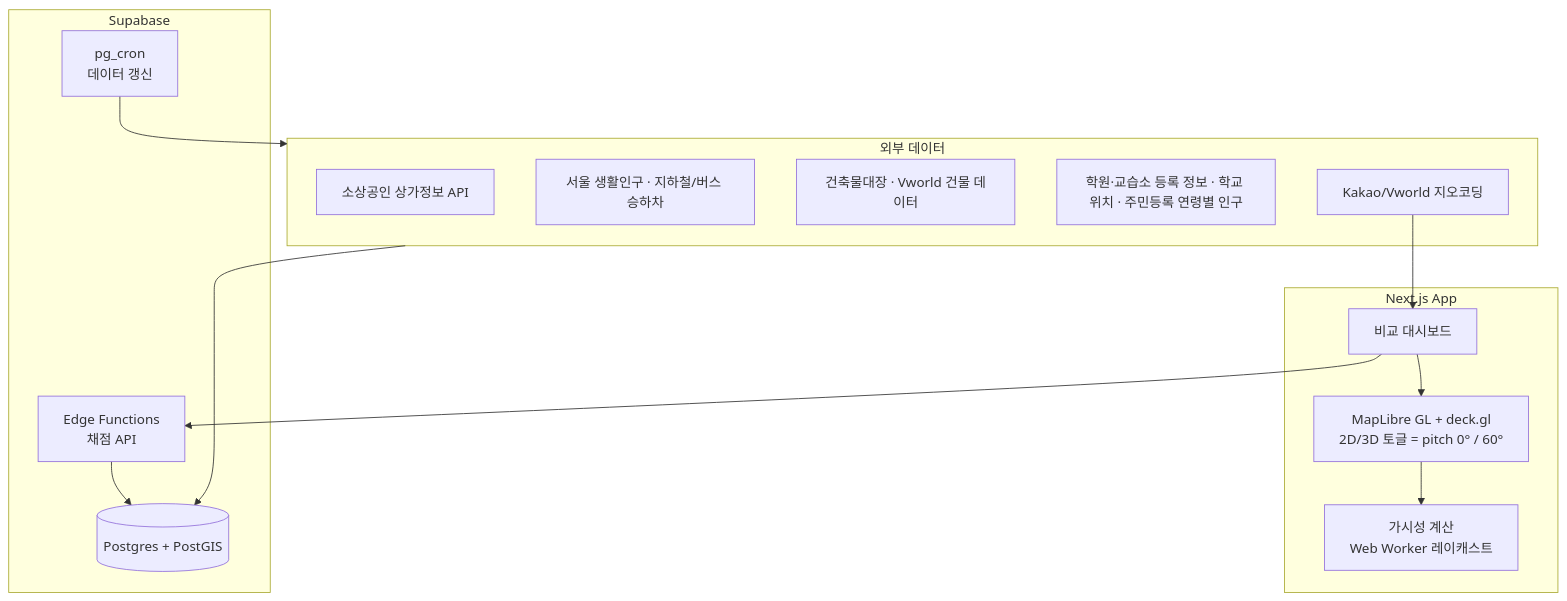
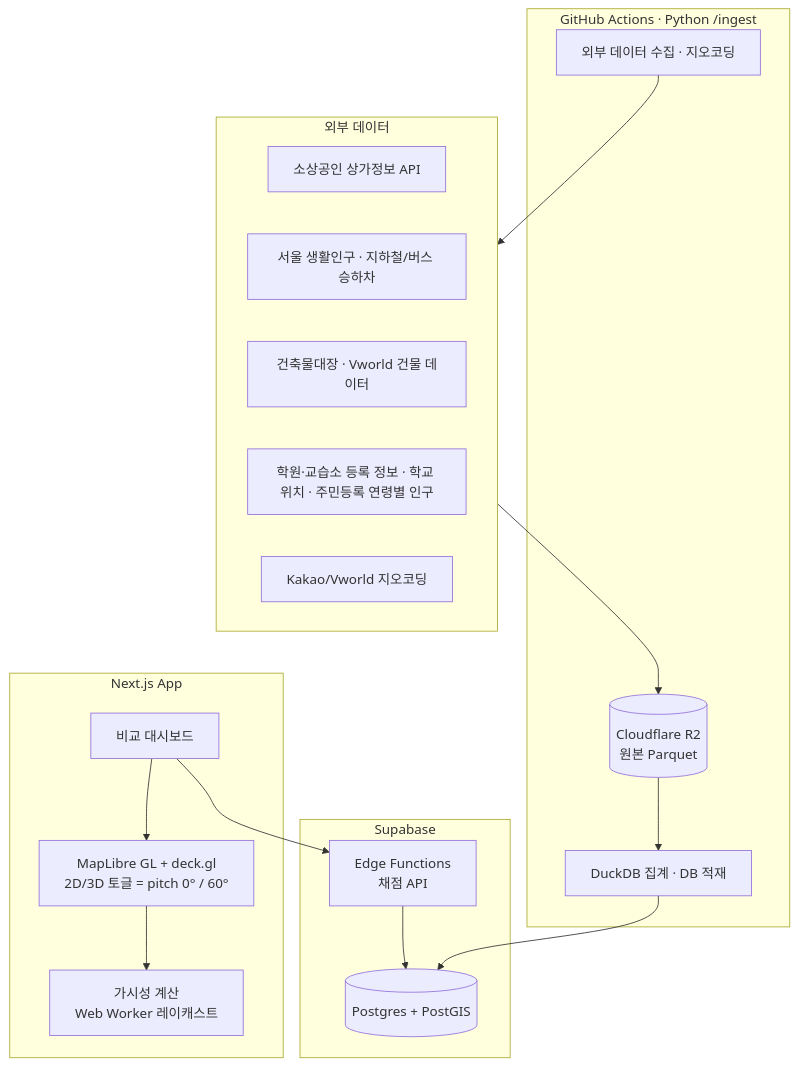
One commit to hanbeulYou/Gilmok changed the second of 2 diagrams in docs/planning/location-simulator.md. Above: the diagram before and after it, drawn with Mermaid. The commit also changed other lines of this file and 2 other files, not shown here.

````diff
--- a/docs/planning/location-simulator.md
+++ b/docs/planning/location-simulator.md
@@ -49,24 +51,29 @@
 ```mermaid
 flowchart TB
     subgraph Client[Next.js App]
         UI[비교 대시보드]
         MAP[MapLibre GL + deck.gl<br/>2D/3D 토글 = pitch 0° / 60°]
         VIS[가시성 계산<br/>Web Worker 레이캐스트]
     end
     subgraph Backend[Supabase]
         PG[(Postgres + PostGIS)]
         EDGE[Edge Functions<br/>채점 API]
-        CRON[pg_cron<br/>데이터 갱신]
+    end
+    subgraph Batch[GitHub Actions · Python /ingest]
+        FETCH[외부 데이터 수집 · 지오코딩]
+        RAW[(Cloudflare R2<br/>원본 Parquet)]
+        AGG[DuckDB 집계 · DB 적재]
     end
     subgraph Data[외부 데이터]
         D1[소상공인 상가정보 API]
         D2[서울 생활인구 · 지하철/버스 승하차]
         D3[건축물대장 · Vworld 건물 데이터]
         D4[학원·교습소 등록 정보 · 학교 위치 · 주민등록 연령별 인구]
         D5[Kakao/Vworld 지오코딩]
     end
     UI --> MAP --> VIS
     UI --> EDGE --> PG
-    CRON --> Data --> PG
-    D5 --> UI
+    FETCH --> Data
+    Data --> RAW
+    RAW --> AGG --> PG
 ```
````
